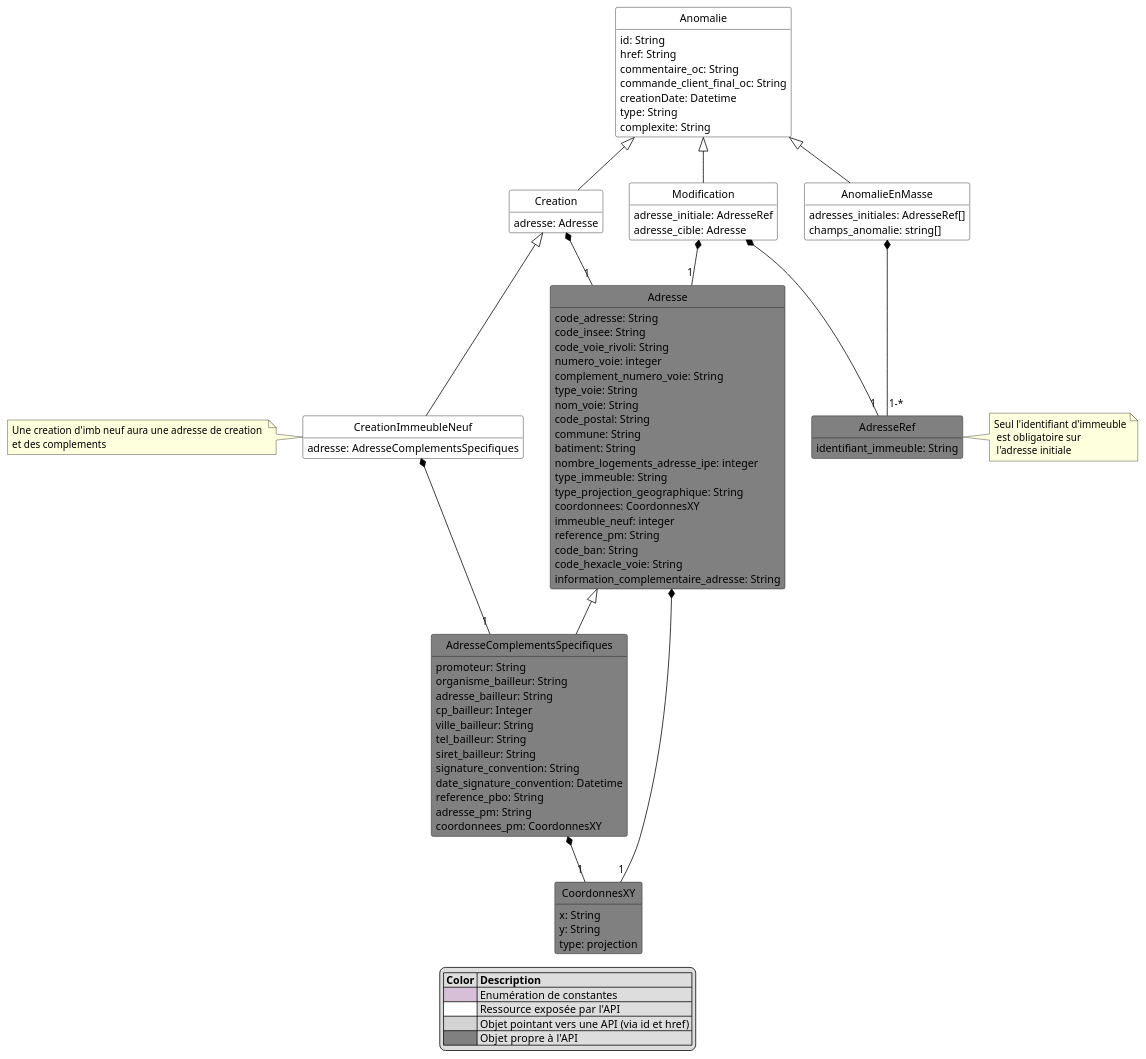
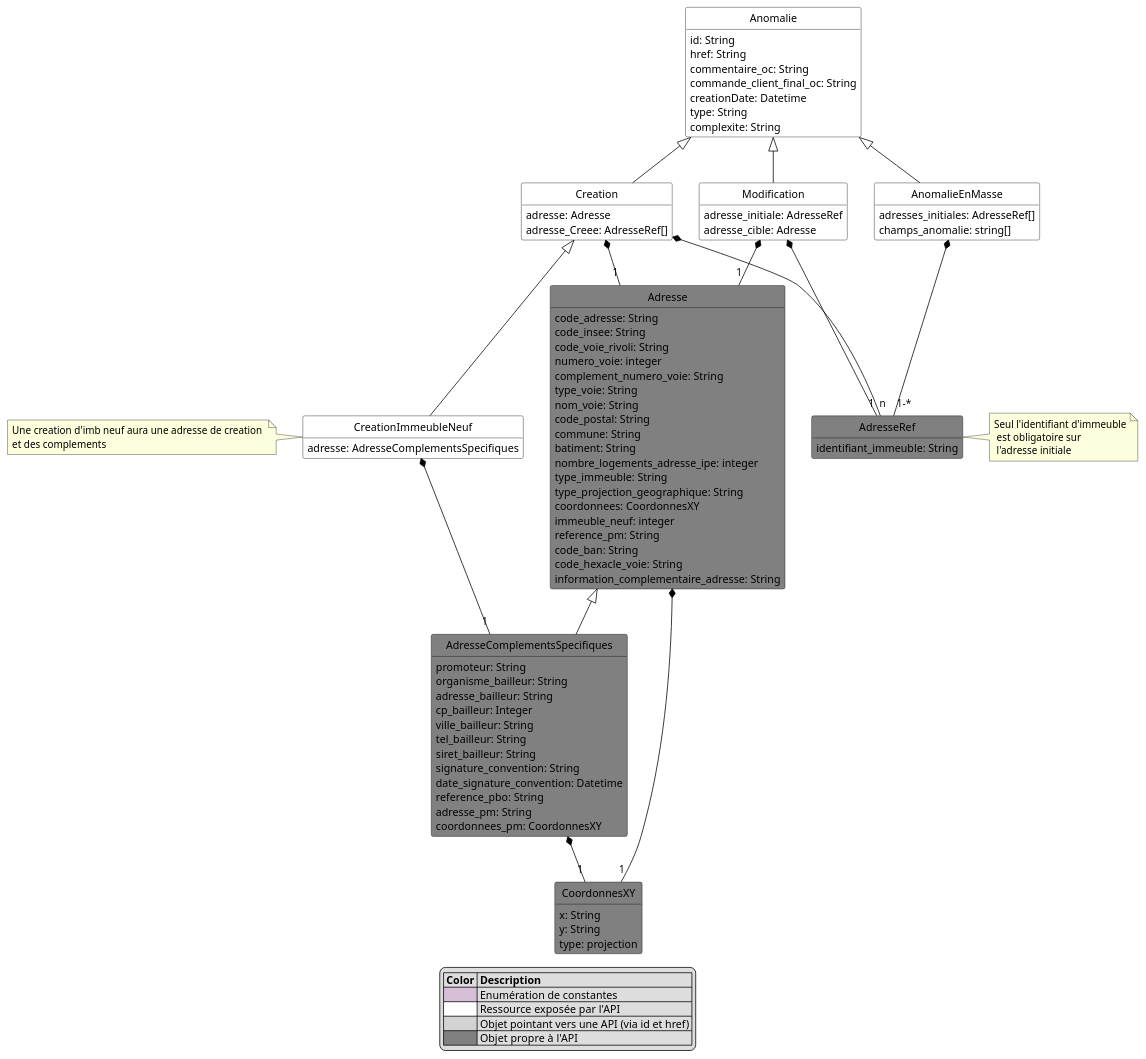
Before and after one commit to before-interop/anomalieAdresse: the diagram in model.puml, drawn with PlantUML.

Commit message:
ajout attribut adresse_Creee

```diff
--- a/model.puml
+++ b/model.puml
@@ -1,111 +1,113 @@
 @startuml
 hide circle
 hide methods
 hide stereotype
 show <<Enumeration>> stereotype
 skinparam class {
    BackgroundColor<<Enumeration>> #Thistle
    BackgroundColor<<Ref>> #LightGrey
    BackgroundColor<<Pivot>> #FFFFFFF
    BackgroundColor #Grey
    BorderColor #Black
    ArrowColor #Black
 }
 
 class Anomalie <<Pivot>> {
     id: String
     href: String
     commentaire_oc: String
     commande_client_final_oc: String
     creationDate: Datetime
     type: String
     complexite: String
 }
 
 class Creation <<Pivot>> {
     adresse: Adresse
+    adresse_Creee: AdresseRef[]
 }
 Anomalie <|-- Creation
 Creation *-- "1" Adresse
+Creation *-- "n" AdresseRef
 
 class CreationImmeubleNeuf <<Pivot>> {
     adresse: AdresseComplementsSpecifiques
 }
 note left:  Une creation d'imb neuf aura une adresse de creation \net des complements
 CreationImmeubleNeuf *-- "1" AdresseComplementsSpecifiques
 Creation <|-- CreationImmeubleNeuf
 
 class Modification <<Pivot>> {
     adresse_initiale: AdresseRef
     adresse_cible: Adresse
 }
 class AnomalieEnMasse <<Pivot>> {
     adresses_initiales: AdresseRef[]
     champs_anomalie: string[]
 }
 Anomalie <|-- Modification
 Anomalie <|-- AnomalieEnMasse
 Modification *-- "1" Adresse
 Modification *-- "1" AdresseRef
 AnomalieEnMasse *-- "1-*" AdresseRef
 
 class Adresse {
     code_adresse: String
     code_insee: String
     code_voie_rivoli: String
     numero_voie: integer
     complement_numero_voie: String
     type_voie: String
     nom_voie: String
     code_postal: String
     commune: String
     batiment: String
     nombre_logements_adresse_ipe: integer
     type_immeuble: String
     type_projection_geographique: String
     coordonnees: CoordonnesXY
     immeuble_neuf: integer
     reference_pm: String
     code_ban: String
     code_hexacle_voie: String
     information_complementaire_adresse: String
 }
 Adresse *--"1" CoordonnesXY
 
 class AdresseRef {
     identifiant_immeuble: String
 }
 note right of AdresseRef: Seul l'identifiant d'immeuble\n est obligatoire sur \n l'adresse initiale
 
 class AdresseComplementsSpecifiques {
     promoteur: String
     organisme_bailleur: String
     adresse_bailleur: String
     cp_bailleur: Integer
     ville_bailleur: String
     tel_bailleur: String
     siret_bailleur: String
     signature_convention: String
     date_signature_convention: Datetime
     reference_pbo: String
     adresse_pm: String
     coordonnees_pm: CoordonnesXY
 }
 Adresse <|-- AdresseComplementsSpecifiques
 AdresseComplementsSpecifiques *--"1" CoordonnesXY
 
 class CoordonnesXY {
     x: String
     y: String
     type: projection
 }
 
 legend
     |= Color |= Description |
     |<#Thistle>| Enumération de constantes|
     |<#FFFFFF>| Ressource exposée par l'API |
     |<#LightGrey>| Objet pointant vers une API (via id et href) |
     |<#Grey>| Objet propre à l'API  |
 endlegend
 
 @enduml
```
